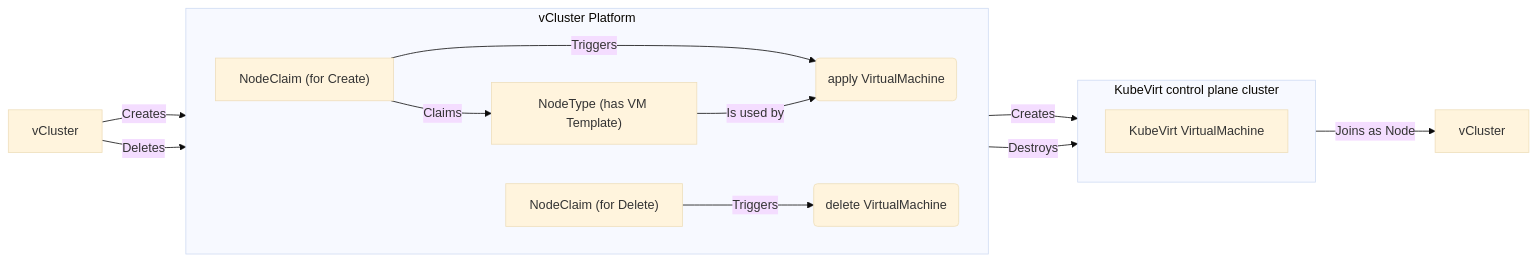
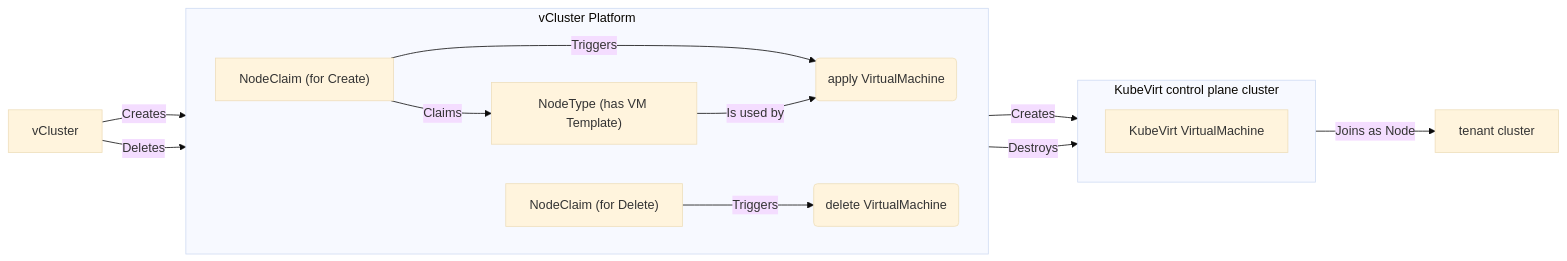
The diagram in platform/administer/node-providers/kubevirt.mdx (loft-sh/vcluster-docs), drawn with Mermaid (base theme) before and after one commit. The commit also changed other lines of this file and 1 other file, not shown here.

First line of the commit message:
docs(kubevirt/kube-ovn): style pass and fix mermaid label collision

````diff
--- a/platform/administer/node-providers/kubevirt.mdx
+++ b/platform/administer/node-providers/kubevirt.mdx
@@ -25,28 +27,28 @@
 ```mermaid
 flowchart LR
     subgraph platform["vCluster Platform"]
         direction LR
         NodeClaimCreate["NodeClaim (for Create)"]
         NodeClaimDelete["NodeClaim (for Delete)"]
         NodeType["NodeType (has VM Template)"]
         Provision("apply VirtualMachine")
         Destroy("delete VirtualMachine")
     end
 
     subgraph host_cluster["KubeVirt control plane cluster"]
         direction TB
         KubeVirtVM["KubeVirt VirtualMachine"]
     end
 
     vCluster -- "Creates" --> NodeClaimCreate
     NodeClaimCreate -- "Claims" --> NodeType
     NodeClaimCreate -- "Triggers" --> Provision
 
     NodeType -- "Is used by" --> Provision
     Provision -- "Creates" --> KubeVirtVM
-    KubeVirtVM -- "Joins as Node" --> Node["vCluster"]
+    KubeVirtVM -- "Joins as Node" --> TenantCluster["tenant cluster"]
 
     vCluster -- "Deletes" --> NodeClaimDelete
     NodeClaimDelete -- "Triggers" --> Destroy
     Destroy -- "Destroys" --> KubeVirtVM
 ```
````
